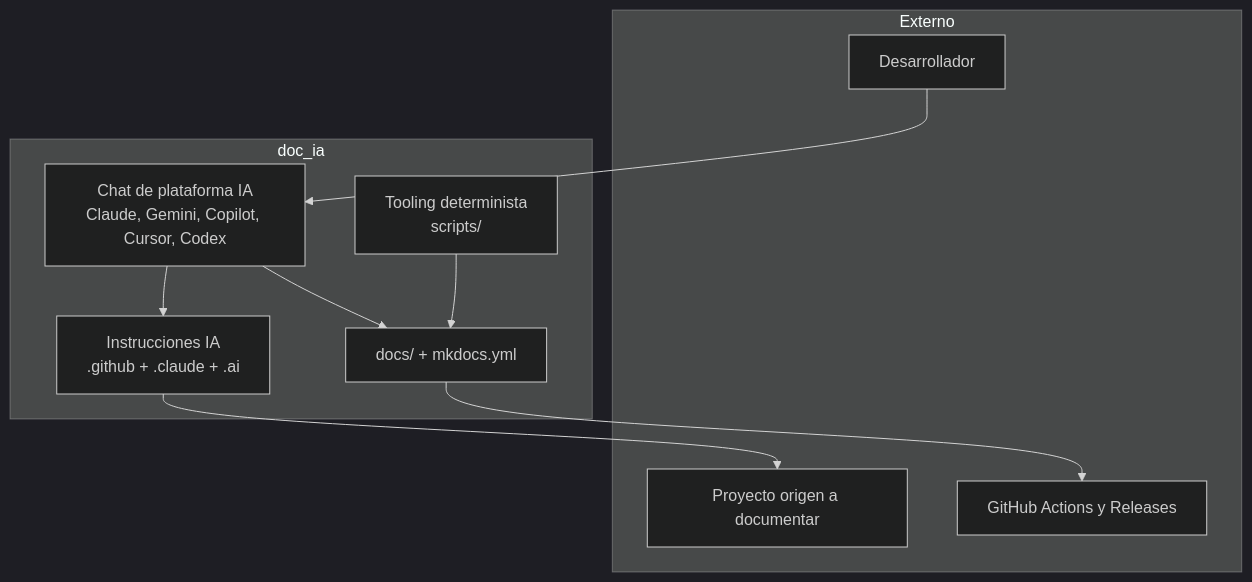
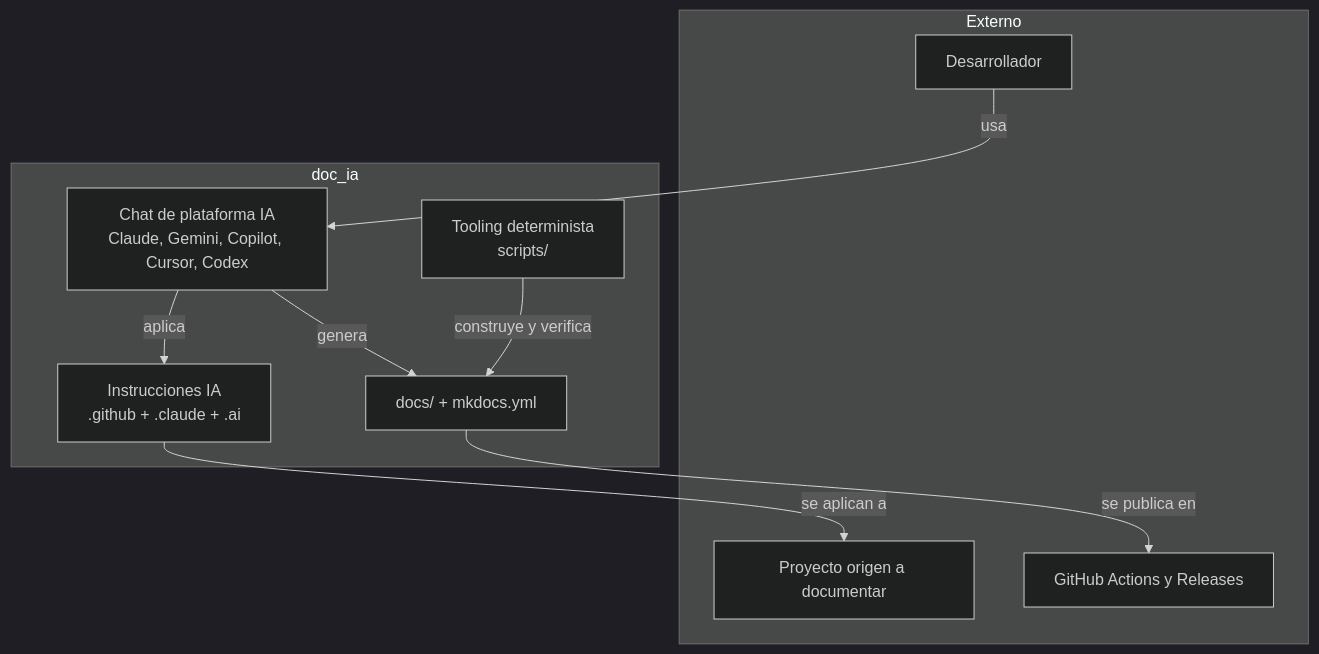
Before and after one commit to fmanza/doc_ia: the first of 3 diagrams in docs/architecture.md, drawn with Mermaid (dark theme). The commit also changed other lines of this file and 13 other files, not shown here.

First line of the commit message:
docs(diagrams): accTitle/accDescr en todos los diagramas y <br/> canónico

````diff
--- a/docs/architecture.md
+++ b/docs/architecture.md
@@ -13,20 +13,22 @@
 ```mermaid
 flowchart TD
+    accTitle: Contexto de doc_ia
+    accDescr: El desarrollador usa el chat de una plataforma IA, que aplica las instrucciones de doc_ia al proyecto origen y genera docs/; el tooling determinista lo construye y verifica, y GitHub Actions lo publica.
     subgraph Externo
         DEV[Desarrollador]
         ORIG[Proyecto origen a documentar]
         GH[GitHub Actions y Releases]
     end
     subgraph doc_ia
         CHAT[Chat de plataforma IA<br/>Claude, Gemini, Copilot, Cursor, Codex]
         INSTR[Instrucciones IA<br/>.github + .claude + .ai]
         TOOL[Tooling determinista<br/>scripts/]
         DOCS[docs/ + mkdocs.yml]
     end
-    DEV --> CHAT
-    CHAT --> INSTR
-    INSTR --> ORIG
-    CHAT --> DOCS
-    TOOL --> DOCS
-    DOCS --> GH
+    DEV -- usa --> CHAT
+    CHAT -- aplica --> INSTR
+    INSTR -- se aplican a --> ORIG
+    CHAT -- genera --> DOCS
+    TOOL -- construye y verifica --> DOCS
+    DOCS -- se publica en --> GH
 ```
````
